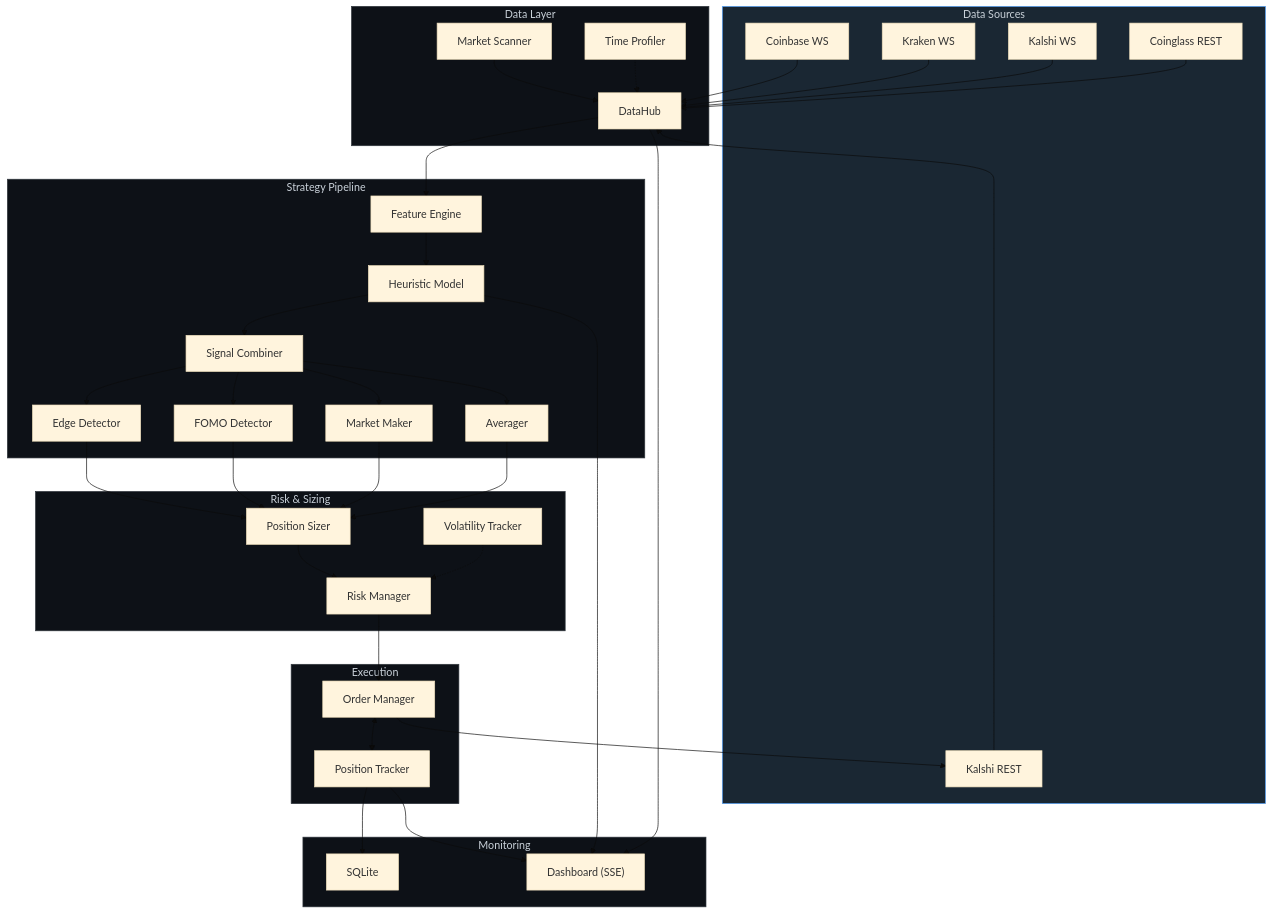
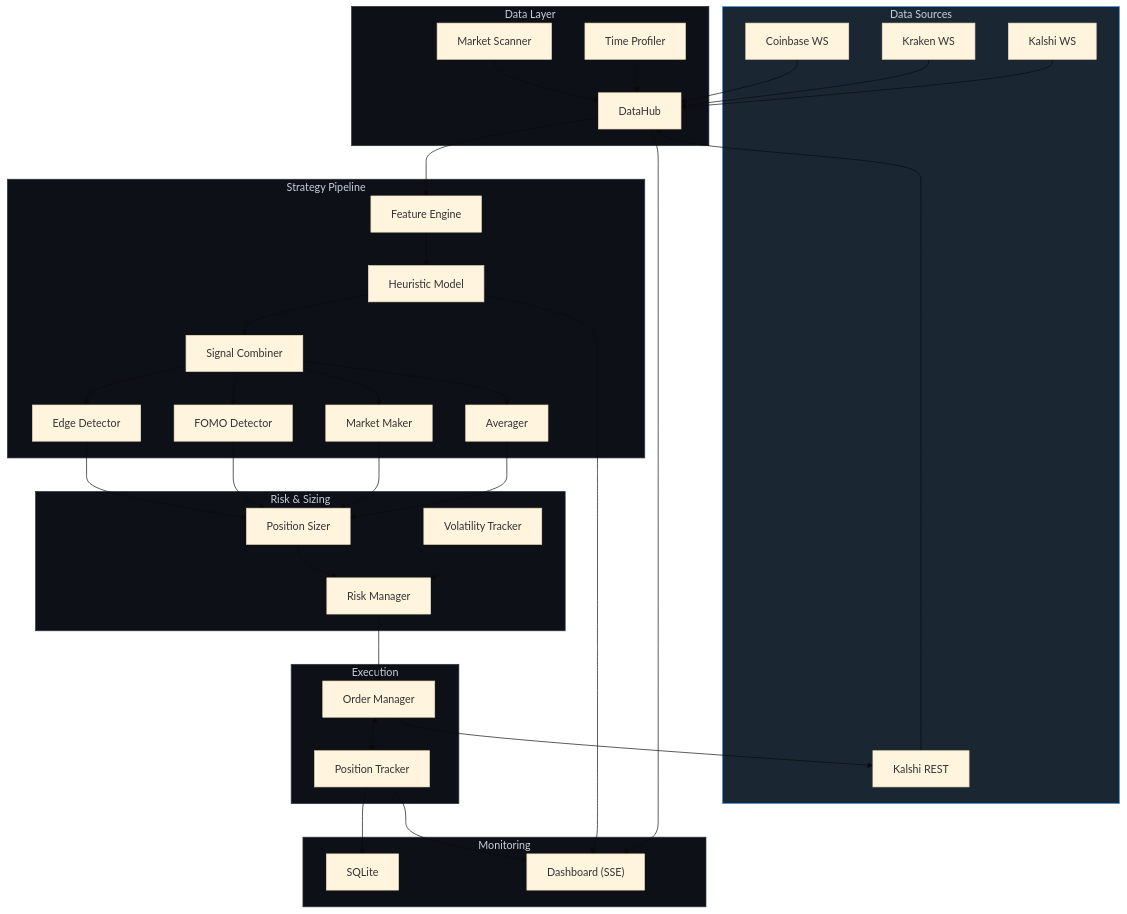
One commit to hamad-khawaja/kalshi-trading-bot changed the first of 3 diagrams in README.md. Above: the diagram before and after it, drawn with Mermaid (base theme). The commit also changed other lines of this file and 17 other files, not shown here.

````diff
--- a/README.md
+++ b/README.md
@@ -11,62 +13,61 @@
 ```mermaid
 flowchart TB
     subgraph SOURCES["Data Sources"]
         CB["Coinbase WS"]
         KR["Kraken WS"]
         KWS["Kalshi WS"]
         KREST["Kalshi REST"]
-        CG["Coinglass REST"]
     end
 
     subgraph DATA["Data Layer"]
         MS["Market Scanner"]
         DH["DataHub"]
         TP["Time Profiler"]
     end
 
-    CB & KR & KWS & KREST & CG --> DH
+    CB & KR & KWS & KREST --> DH
     MS --> DH
     TP -.-> DH
 
     subgraph STRATEGY["Strategy Pipeline"]
         FE["Feature Engine"] --> PM["Heuristic Model"] --> SC["Signal Combiner"]
         SC --> ED["Edge Detector"]
         SC --> FD["FOMO Detector"]
         SC --> MM["Market Maker"]
         SC --> AV["Averager"]
     end
 
     DH --> FE
 
     subgraph RISK["Risk & Sizing"]
         PS["Position Sizer"]
         RM["Risk Manager"]
         VT["Volatility Tracker"]
     end
 
     ED & FD & MM & AV --> PS --> RM
     VT -.-> RM
 
     subgraph EXEC["Execution"]
         OM["Order Manager"]
         PT["Position Tracker"]
     end
 
     RM --> OM <--> PT
     OM --> KREST
 
     subgraph MONITOR["Monitoring"]
         DS["Dashboard (SSE)"]
         DB["SQLite"]
     end
 
     PT --> DB
     DH & PM & PT --> DS
 
     style SOURCES fill:#1a2733,stroke:#58a6ff,color:#c9d1d9
     style DATA fill:#0d1117,stroke:#30363d,color:#c9d1d9
     style STRATEGY fill:#0d1117,stroke:#30363d,color:#c9d1d9
     style RISK fill:#0d1117,stroke:#30363d,color:#c9d1d9
     style EXEC fill:#0d1117,stroke:#30363d,color:#c9d1d9
     style MONITOR fill:#0d1117,stroke:#30363d,color:#c9d1d9
 ```
````
